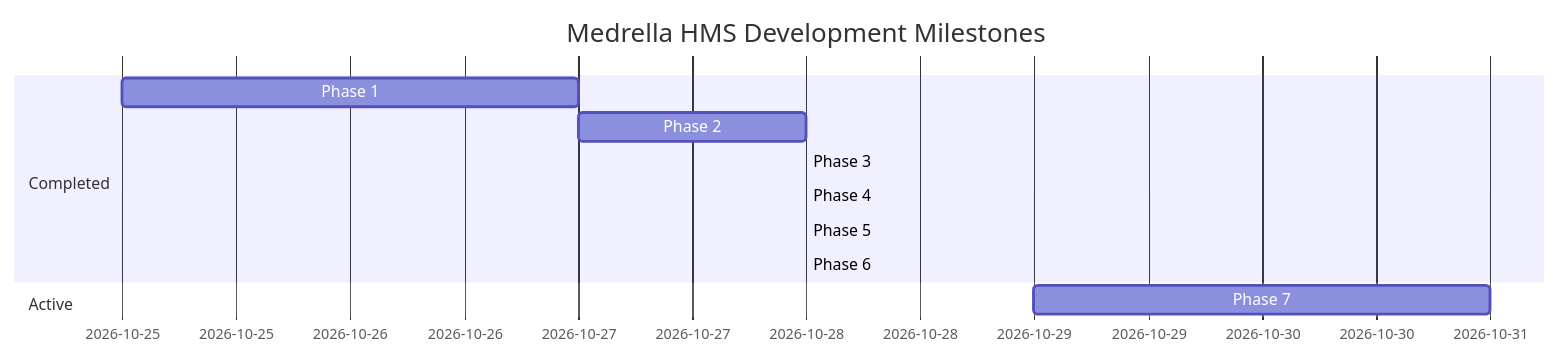
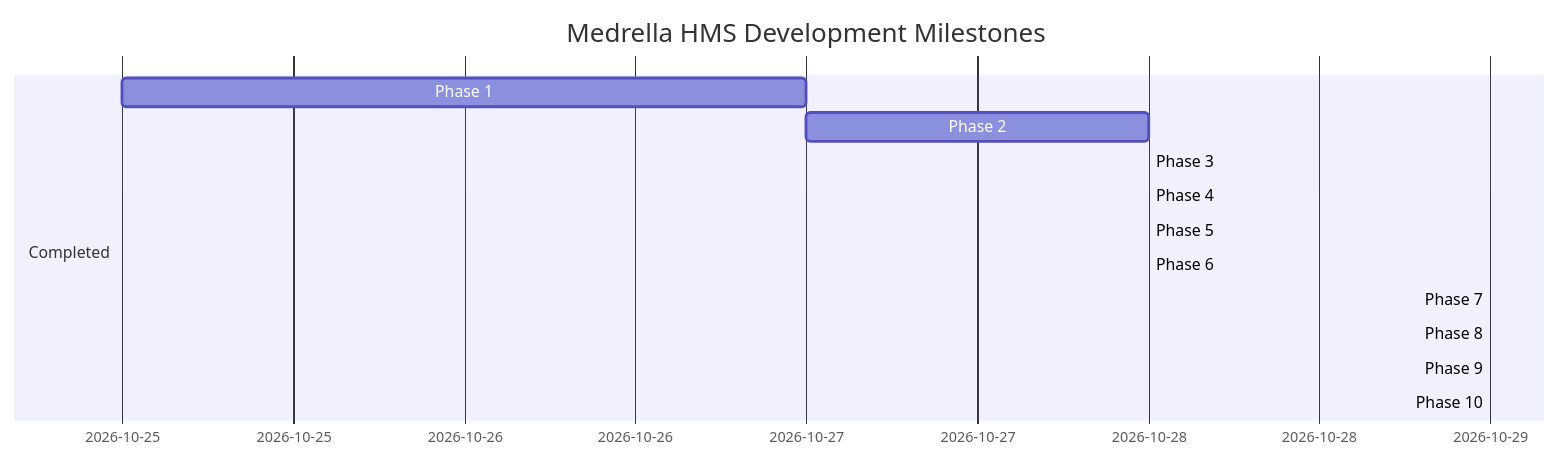
The diagram in plans/roadmap.md (ankitjha93/medrella-hms-PearlThoughts), drawn with Mermaid before and after one commit. The commit also changed 12 other files, not shown here.

````diff
--- a/plans/roadmap.md
+++ b/plans/roadmap.md
@@ -9,14 +9,16 @@
 ```mermaid
 gantt
     title Medrella HMS Development Milestones
     dateFormat  YYYY-MM-DD
     section Completed
     Phase 1: Foundation & UI            :done, 2026-10-25, 2026-10-27
     Phase 2: Slot Booking Engine        :done, 2026-10-27, 2026-10-28
     Phase 3: Clinical Suite & OPD Queue :done, 2026-10-28, 2026-10-28
     Phase 4: Appointment Rescheduling   :done, 2026-10-28, 2026-10-28
     Phase 5: Doctor Leave & Blackouts   :done, 2026-10-28, 2026-10-28
     Phase 6: AI Clinical Symptom Triage :done, 2026-10-28, 2026-10-28
-    section Active
-    Phase 7: Doctor Profiles & Reviews  :active, 2026-10-29, 2026-10-31
+    Phase 7: Doctor Profiles & Reviews  :done, 2026-10-29, 2026-10-29
+    Phase 8: Enterprise EMR Modules     :done, 2026-10-29, 2026-10-29
+    Phase 9: Supabase Auth & RBAC       :done, 2026-10-29, 2026-10-29
+    Phase 10: Auth Enhancements Suite   :done, 2026-10-29, 2026-10-29
 ```
````
